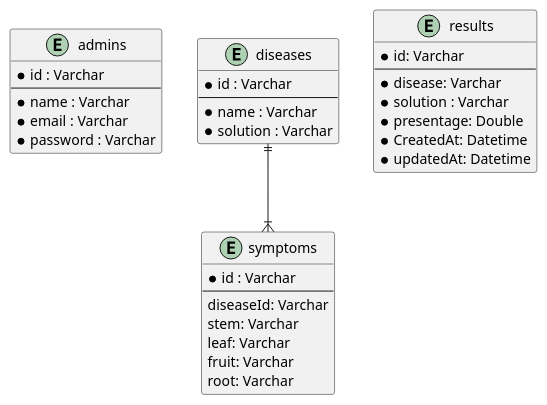
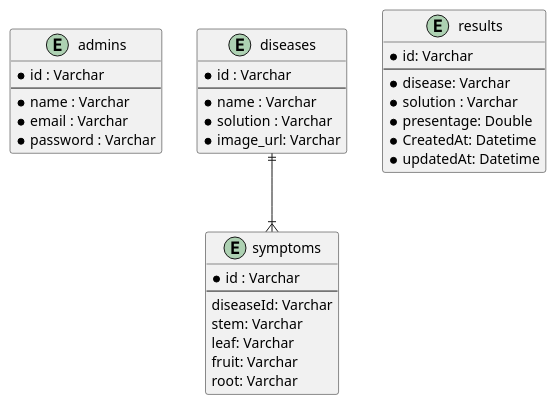
One commit to resiwicaksono98/restfull-siakardi changed the diagram in ERD.puml. Above: the diagram before and after it, drawn with PlantUML. The commit also changed 11 other files, not shown here.

```diff
--- a/ERD.puml
+++ b/ERD.puml
@@ -1,42 +1,43 @@
 @startuml
 
 entity admins {
 * id : Varchar
 --
 * name : Varchar
 * email : Varchar
 * password : Varchar
 }
 
 entity diseases {
 * id : Varchar
 --
 * name : Varchar
 * solution : Varchar
+* image_url: Varchar
 }
 
 entity symptoms{
 * id : Varchar
 --
 diseaseId: Varchar
 stem: Varchar
 leaf: Varchar
 fruit: Varchar
 root: Varchar
 }
 
 entity results {
  * id: Varchar
  --
  * disease: Varchar
  * solution : Varchar
  * presentage: Double
  * CreatedAt: Datetime
  * updatedAt: Datetime
 }
 
 diseases ||--|{ symptoms
 
 
 
 @enduml
```
